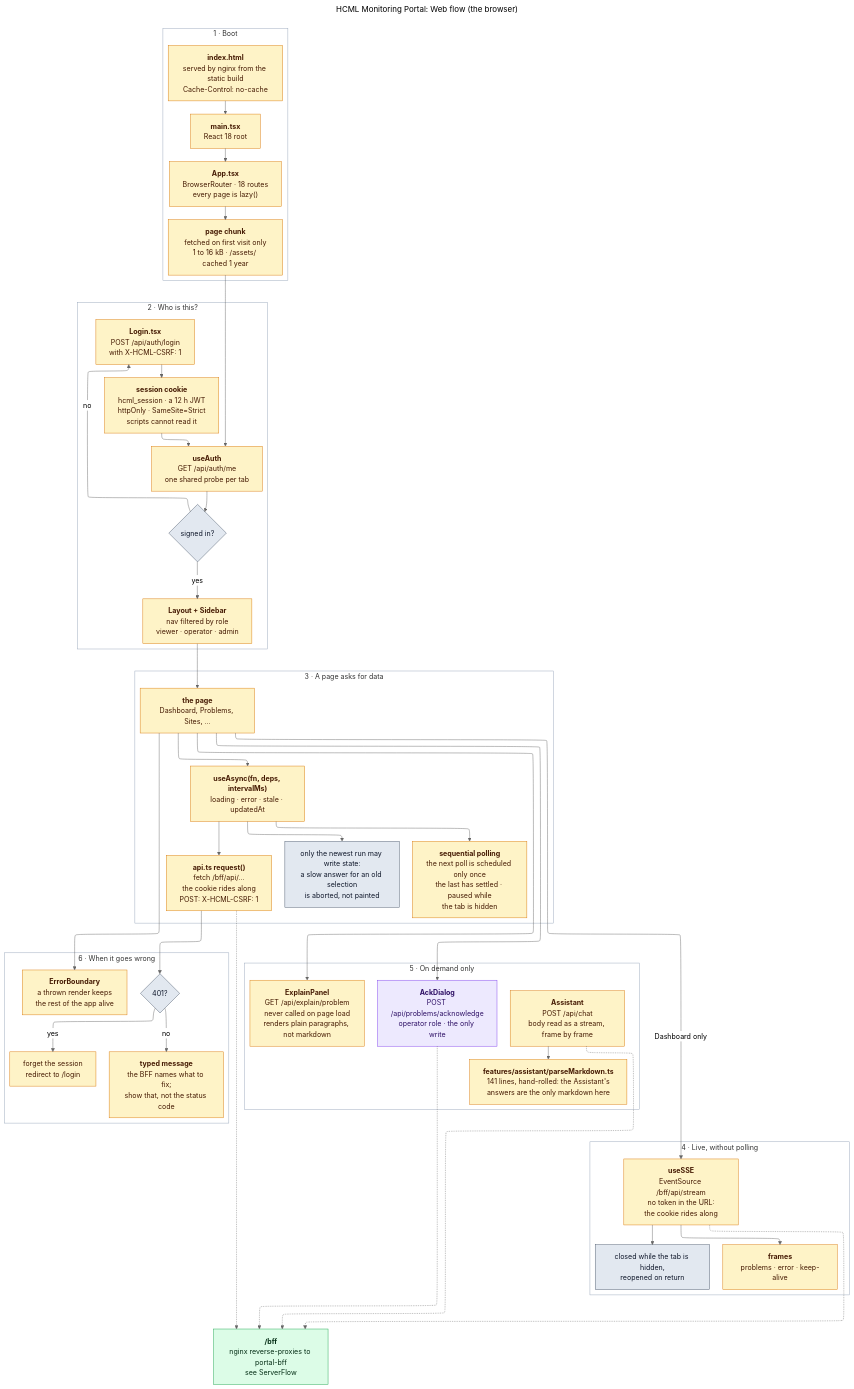
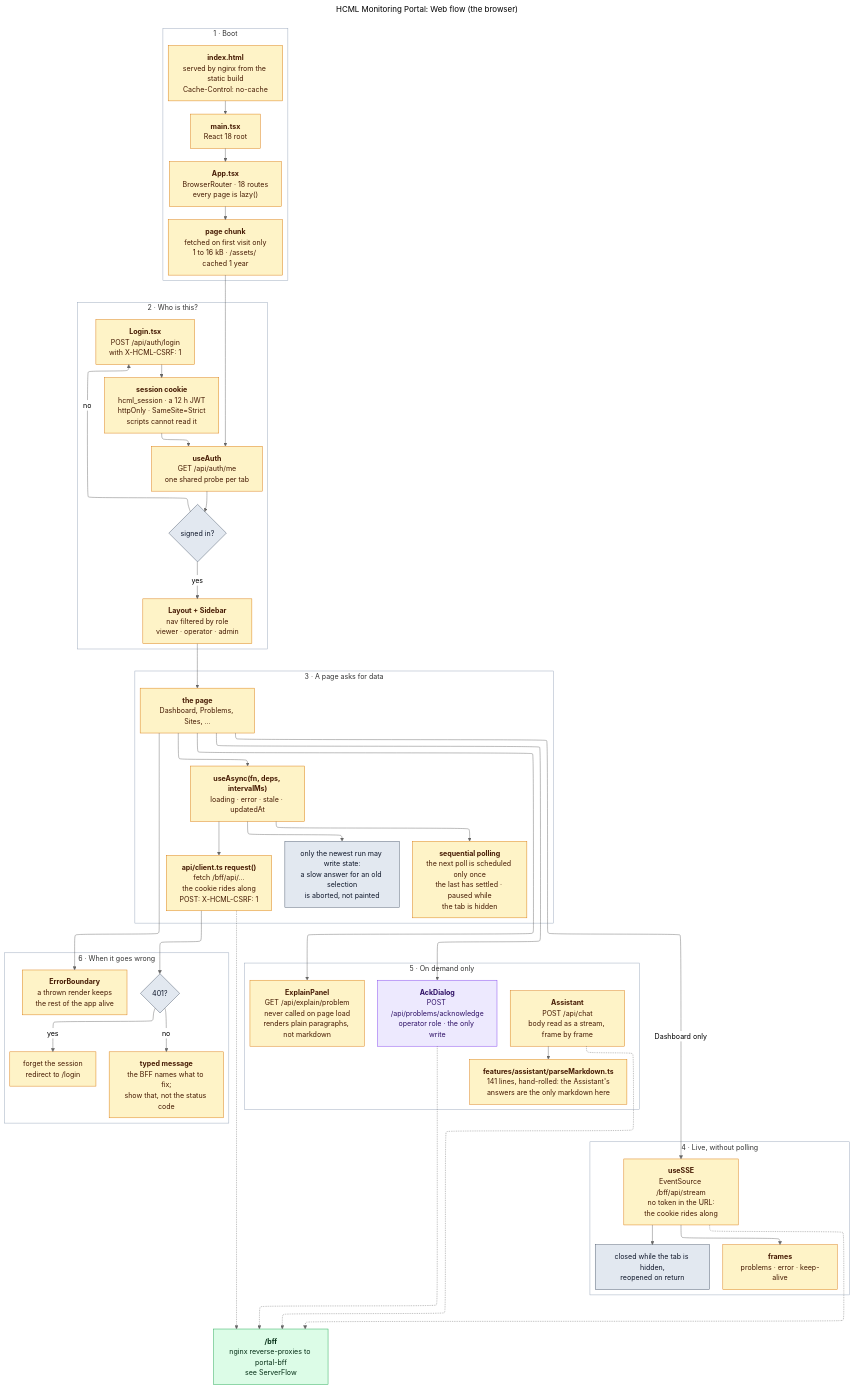
Before and after one commit to Fxkra28/Dashboard-Zabbix-Prototype: the diagram in docs/flow/WebFlow.mmd, drawn with Mermaid (neutral theme). The commit also changed 174 other files, not shown here.

```diff
--- a/docs/flow/WebFlow.mmd
+++ b/docs/flow/WebFlow.mmd
@@ -1,139 +1,139 @@
 ---
 title: "HCML Monitoring Portal: Web flow (the browser)"
 config:
   layout: elk
   elk:
     mergeEdges: false
     nodePlacementStrategy: BRANDES_KOEPF
 ---
 flowchart TB
 
     %%  Web flow: what happens in the browser, from the first byte
     %%  nginx serves to the moment a page has data on screen.
 
     %%  Amber  runs in the browser.
     %%  Green  the portal's own BFF, same origin, behind /bff.
     %%  Grey   a decision, a guard, or a boundary.
 
     %%  Nothing here ever holds a Zabbix or model credential. Every call
     %%  goes to /bff. The portal JWT rides in an httpOnly cookie that no
     %%  script on the page can read (ADR-0010); it only proves who the
     %%  user is to the portal and grants nothing in Zabbix.
 
     %%  Two arrows were corrected against the code and must stay this
     %%  way. (1) The stream is opened by the Dashboard, not the shell:
     %%  useSSE has exactly one call site, Overview.tsx, and navigating
     %%  away closes the connection. The Problems page does not stream at
     %%  all: it polls every 30 s. (2) There is no ExplainPanel ->
     %%  markdown arrow: ExplainPanel renders its fields as plain <p>
     %%  paragraphs and never imports the renderer. The Assistant is its
     %%  only consumer.
 
     %%  Note also that stage 2's "signed in?" diamond is not implemented
     %%  as a route guard. No component reads the role and redirects; the
-    %%  automatic paths to /login are api.ts reacting to a 401, to a
+    %%  automatic paths to /login are the api client reacting to a 401, to a
     %%  sign-out in another tab, or to a page Back restores after one, so
     %%  an unauthenticated visitor sees the chrome for one round trip.
 
     subgraph W1["1 &middot; Boot"]
         HTML["<b>index.html</b><br>served by nginx from the static build<br>Cache-Control: no-cache"]
         MAIN["<b>main.tsx</b><br>React 18 root"]
         APP["<b>App.tsx</b><br>BrowserRouter &middot; 18 routes<br>every page is lazy()"]
         CHUNK["<b>page chunk</b><br>fetched on first visit only<br>1 to 16 kB &middot; /assets/ cached 1 year"]
 
         HTML --> MAIN --> APP --> CHUNK
     end
 
     subgraph W2["2 &middot; Who is this?"]
         ME["<b>useAuth</b><br>GET /api/auth/me<br>one shared probe per tab"]
         HASROLE{"signed in?"}
         LOGIN["<b>Login.tsx</b><br>POST /api/auth/login<br>with X-HCML-CSRF: 1"]
         COOKIE["<b>session cookie</b><br>hcml_session &middot; a 12 h JWT<br>httpOnly &middot; SameSite=Strict<br>scripts cannot read it"]
         LAYOUT["<b>Layout + Sidebar</b><br>nav filtered by role<br>viewer &middot; operator &middot; admin"]
 
         ME --> HASROLE
         HASROLE -->|"no"| LOGIN
         LOGIN --> COOKIE
         COOKIE --> ME
         HASROLE -->|"yes"| LAYOUT
     end
 
     subgraph W3["3 &middot; A page asks for data"]
         PAGE["<b>the page</b><br>Dashboard, Problems, Sites, &hellip;"]
         ASYNC["<b>useAsync(fn, deps, intervalMs)</b><br>loading &middot; error &middot; stale &middot; updatedAt"]
         GUARD["only the newest run may write state:<br>a slow answer for an old selection<br>is aborted, not painted"]
         POLL["<b>sequential polling</b><br>the next poll is scheduled only once<br>the last has settled &middot; paused while<br>the tab is hidden"]
-        APICALL["<b>api.ts request()</b><br>fetch /bff/api/&hellip;<br>the cookie rides along<br>POST: X-HCML-CSRF: 1"]
+        APICALL["<b>api/client.ts request()</b><br>fetch /bff/api/&hellip;<br>the cookie rides along<br>POST: X-HCML-CSRF: 1"]
 
         PAGE --> ASYNC
         ASYNC --> GUARD
         ASYNC --> POLL
         ASYNC --> APICALL
     end
 
     subgraph W4["4 &middot; Live, without polling"]
         SSE["<b>useSSE</b><br>EventSource /bff/api/stream<br>no token in the URL:<br>the cookie rides along"]
         FRAMES["<b>frames</b><br>problems &middot; error &middot; keep-alive"]
         HIDDEN["closed while the tab is hidden,<br>reopened on return"]
 
         SSE --> FRAMES
         SSE --> HIDDEN
     end
 
     subgraph W5["5 &middot; On demand only"]
         EXPLAIN["<b>ExplainPanel</b><br>GET /api/explain/problem<br>never called on page load<br>renders plain paragraphs, not markdown"]
         CHATP["<b>Assistant</b><br>POST /api/chat<br>body read as a stream, frame by frame"]
         MD["<b>features/assistant/parseMarkdown.ts</b><br>141 lines, hand-rolled: the Assistant's<br>answers are the only markdown here"]
         ACK["<b>AckDialog</b><br>POST /api/problems/acknowledge<br>operator role &middot; the only write"]
 
         CHATP --> MD
     end
 
     subgraph W6["6 &middot; When it goes wrong"]
         R401{"401?"}
         SIGNOUT["forget the session<br>redirect to /login"]
         TYPED["<b>typed message</b><br>the BFF names what to fix;<br>show that, not the status code"]
         BOUNDARY["<b>ErrorBoundary</b><br>a thrown render keeps<br>the rest of the app alive"]
 
         R401 -->|"yes"| SIGNOUT
         R401 -->|"no"| TYPED
     end
 
     BFF["<b>/bff</b><br>nginx reverse-proxies to portal-bff<br>see ServerFlow"]
 
     CHUNK --> ME
     LAYOUT --> PAGE
     PAGE -->|"Dashboard only"| SSE
     PAGE --> EXPLAIN
     PAGE --> ACK
     PAGE --> BOUNDARY
     APICALL --> R401
     APICALL -.-> BFF
     SSE -.-> BFF
     CHATP -.-> BFF
     ACK -.-> BFF
 
     %% Frames must stay unfilled or they paint over the relationship lines.
 
     classDef browser fill:#fef3c7,stroke:#d97706,color:#451a03
     classDef server  fill:#dcfce7,stroke:#16a34a,color:#052e16
     classDef choice  fill:#e2e8f0,stroke:#475569,color:#0f172a
     classDef written fill:#ede9fe,stroke:#7c3aed,color:#2e1065
 
     style W1 fill:none,stroke:#94a3b8
     style W2 fill:none,stroke:#94a3b8
     style W3 fill:none,stroke:#94a3b8
     style W4 fill:none,stroke:#94a3b8
     style W5 fill:none,stroke:#94a3b8
     style W6 fill:none,stroke:#94a3b8
 
     class HTML,MAIN,APP,CHUNK browser
     class ME,LOGIN,COOKIE,LAYOUT browser
     class PAGE,ASYNC,POLL,APICALL browser
     class SSE,FRAMES,EXPLAIN,CHATP,MD browser
     class SIGNOUT,TYPED,BOUNDARY browser
 
     class ACK written
     class BFF server
     class HASROLE,R401,GUARD,HIDDEN choice
-%% source-hash: db409db3a3ba
+%% source-hash: f8df566f97af
```
